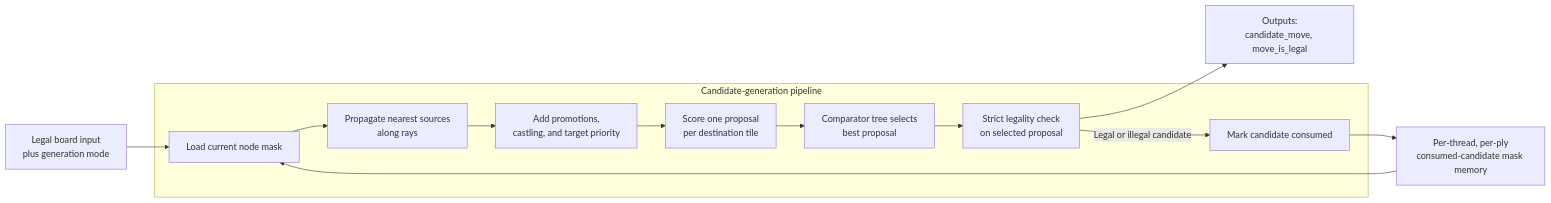
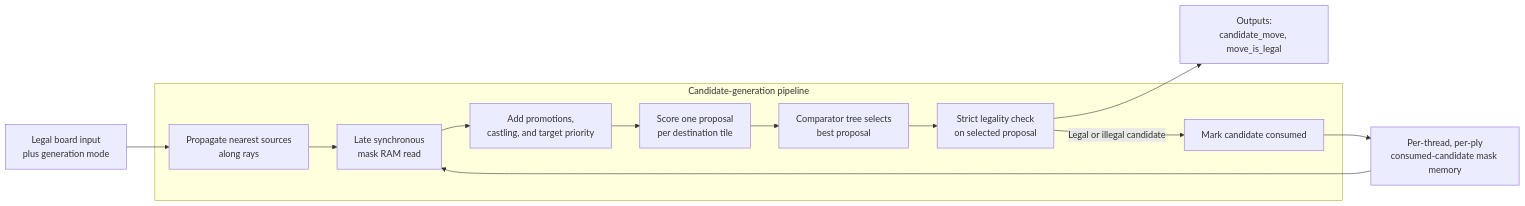
The diagram in docs/modules/move-generator.md (3met/FPGA-Chess), drawn with Mermaid before and after one commit. The commit also changed other lines of this file and 2 other files, not shown here.

Commit message:
Store move mask in BRAM

````diff
--- a/docs/modules/move-generator.md
+++ b/docs/modules/move-generator.md
@@ -47,20 +47,20 @@
 ```mermaid
 flowchart LR
     Input["Legal board input\nplus generation mode"]
     Output["Outputs:\ncandidate_move, move_is_legal"]
     MaskMemory["Per-thread, per-ply\nconsumed-candidate mask memory"]
 
     subgraph Gen["Candidate-generation pipeline"]
-        MaskLoad["Load current node mask"]
         Nearest["Propagate nearest sources\nalong rays"]
+        MaskLoad["Late synchronous\nmask RAM read"]
         Specials["Add promotions,\ncastling, and target priority"]
         Score["Score one proposal\nper destination tile"]
         Reduce["Comparator tree selects\nbest proposal"]
         LegalCheck["Strict legality check\non selected proposal"]
         MaskSave["Mark candidate consumed"]
     end
 
-    Input --> MaskLoad --> Nearest --> Specials --> Score --> Reduce --> LegalCheck --> Output
+    Input --> Nearest --> MaskLoad --> Specials --> Score --> Reduce --> LegalCheck --> Output
     MaskMemory --> MaskLoad
     LegalCheck -->|"Legal or illegal candidate"| MaskSave --> MaskMemory
 ```
````
